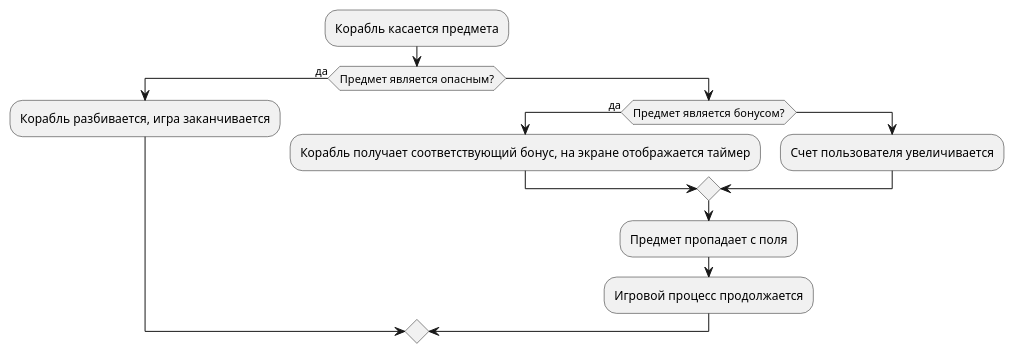
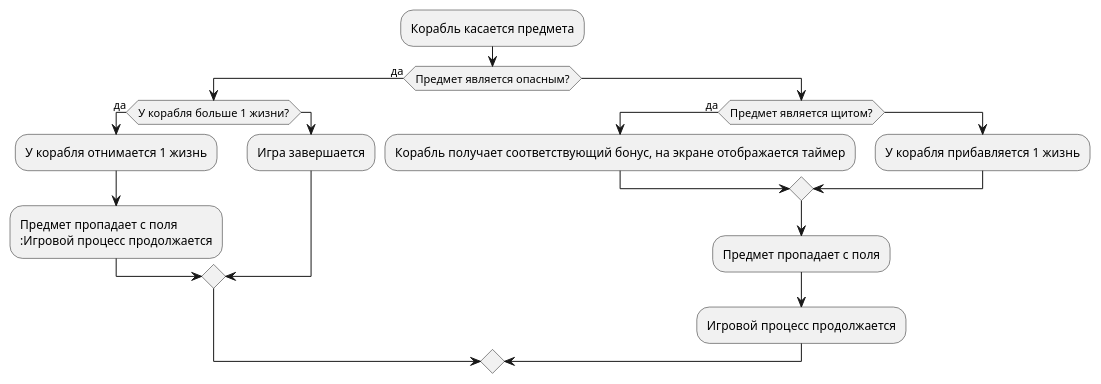
The diagram in docs/5.iuml (DoNik226/software_development), drawn with PlantUML before and after one commit.

```diff
--- a/docs/5.iuml
+++ b/docs/5.iuml
@@ -1,14 +1,20 @@
 @startuml
 :Корабль касается предмета;
 if (Предмет является опасным?) is (да) then
-  :Корабль разбивается, игра заканчивается;
+  if (У корабля больше 1 жизни?) is (да) then
+    :У корабля отнимается 1 жизнь;
+    :Предмет пропадает с поля
+    :Игровой процесс продолжается;
+  else
+    :Игра завершается;
+  endif
 else
-  if (Предмет является бонусом?) is (да) then
+  if (Предмет является щитом?) is (да) then
     :Корабль получает соответствующий бонус, на экране отображается таймер;
   else
-    :Счет пользователя увеличивается;
+    :У корабля прибавляется 1 жизнь;
   endif
   :Предмет пропадает с поля;
   :Игровой процесс продолжается;
 endif
 @enduml
```
